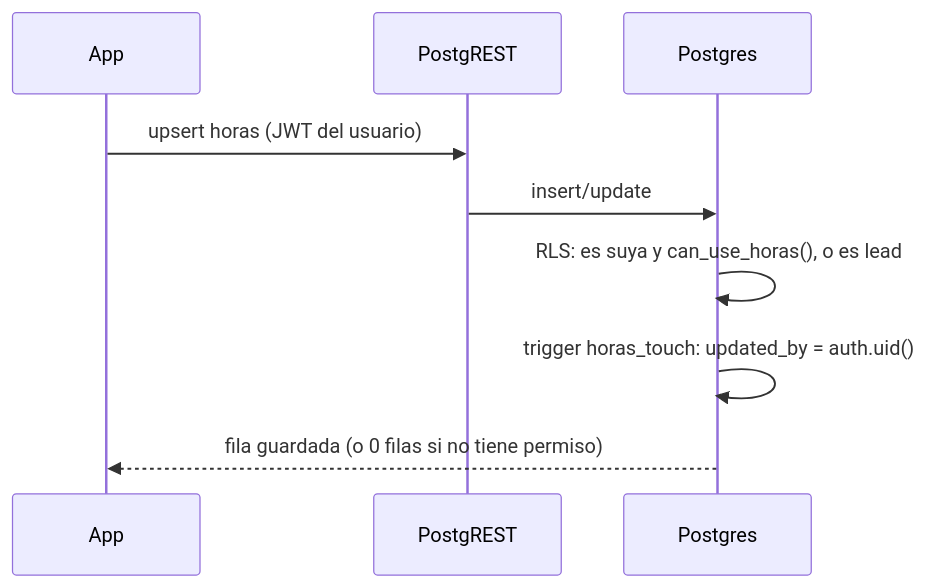
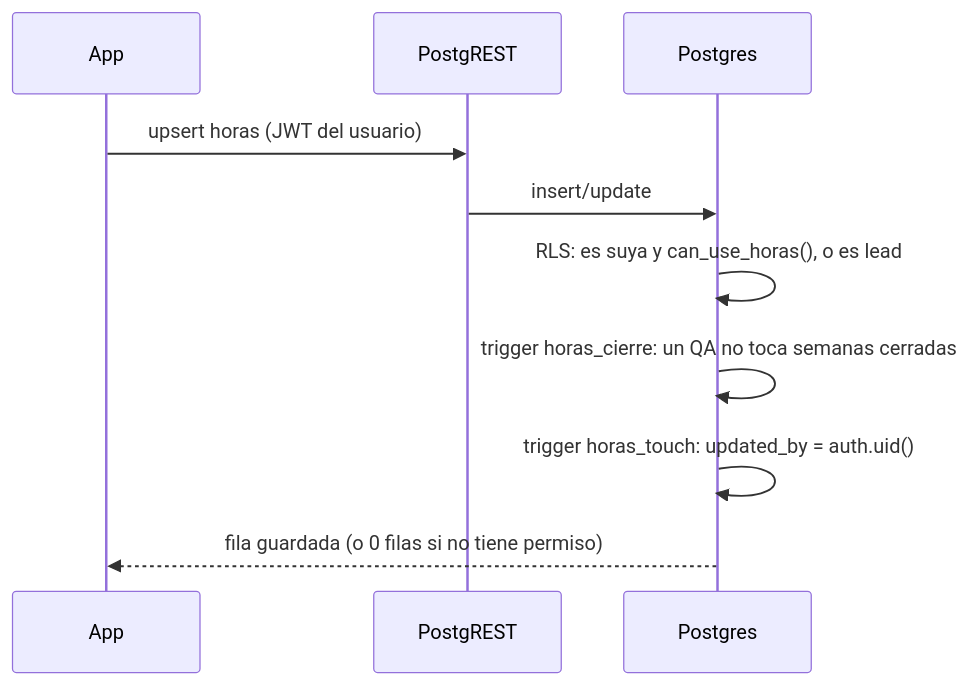
The third of 3 diagrams in ARQUITECTURA.md (braynerrosales/qa-bcr-suite), drawn with Mermaid before and after one commit. The commit also changed other lines of this file and 5 other files, not shown here.

First line of the commit message:
feat: cierre de semanas en Horas (QA: semana actual y dos anteriores)

````diff
--- a/ARQUITECTURA.md
+++ b/ARQUITECTURA.md
@@ -177,11 +178,12 @@
 ```mermaid
 sequenceDiagram
     participant A as App
     participant P as PostgREST
     participant D as Postgres
     A->>P: upsert horas (JWT del usuario)
     P->>D: insert/update
     D->>D: RLS: es suya y can_use_horas(), o es lead
+    D->>D: trigger horas_cierre: un QA no toca semanas cerradas
     D->>D: trigger horas_touch: updated_by = auth.uid()
     D-->>A: fila guardada (o 0 filas si no tiene permiso)
 ```
````
